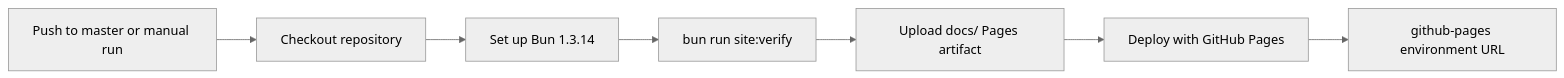
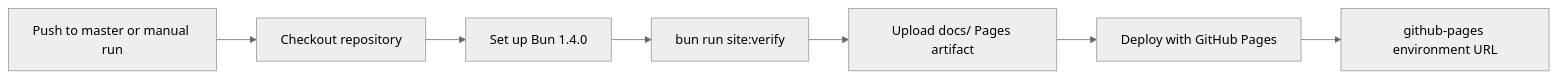
The second of 2 diagrams in docs/architecture/product-site.md (AungMyoKyaw/dhamma-echo), drawn with Mermaid (neutral theme) before and after one commit. The commit also changed 10 other files, not shown here.

````diff
--- a/docs/architecture/product-site.md
+++ b/docs/architecture/product-site.md
@@ -32,9 +32,9 @@
 ```mermaid
 flowchart LR
     push[Push to master or manual run] --> checkout[Checkout repository]
-    checkout --> bun[Set up Bun 1.3.14]
+    checkout --> bun[Set up Bun 1.4.0]
     bun --> verify[bun run site:verify]
     verify --> artifact[Upload docs/ Pages artifact]
     artifact --> deploy[Deploy with GitHub Pages]
     deploy --> environment[github-pages environment URL]
 ```
````
